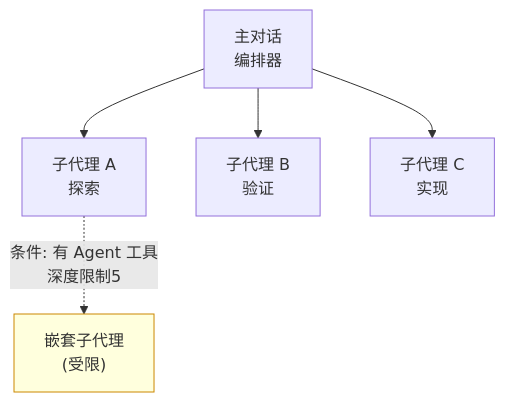
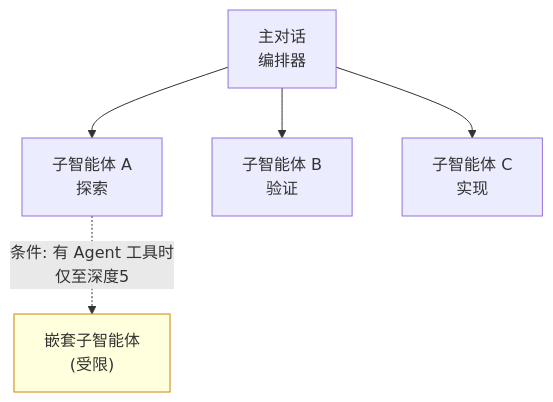
The diagram in docs-site/content/zh/claude-code/agentic/sub-agents.md (modu-ai/moai-adk), drawn with Mermaid before and after one commit. The commit also changed other lines of this file and 395 other files, not shown here.

````diff
--- a/docs-site/content/zh/claude-code/agentic/sub-agents.md
+++ b/docs-site/content/zh/claude-code/agentic/sub-agents.md
@@ -60,8 +60,8 @@
 ```mermaid
 flowchart TD
-    M[主对话<br/>编排器] --> A[子代理 A<br/>探索]
-    M --> B[子代理 B<br/>验证]
-    M --> C[子代理 C<br/>实现]
-    A -.->|条件: 有 Agent 工具<br/>深度限制5| X["嵌套子代理<br/>(受限)"]
+    M[主对话<br/>编排器] --> A[子智能体 A<br/>探索]
+    M --> B[子智能体 B<br/>验证]
+    M --> C[子智能体 C<br/>实现]
+    A -.->|条件: 有 Agent 工具时<br/>仅至深度5| X["嵌套子智能体<br/>(受限)"]
     style X fill:#ffd,stroke:#c80
 ```
````
